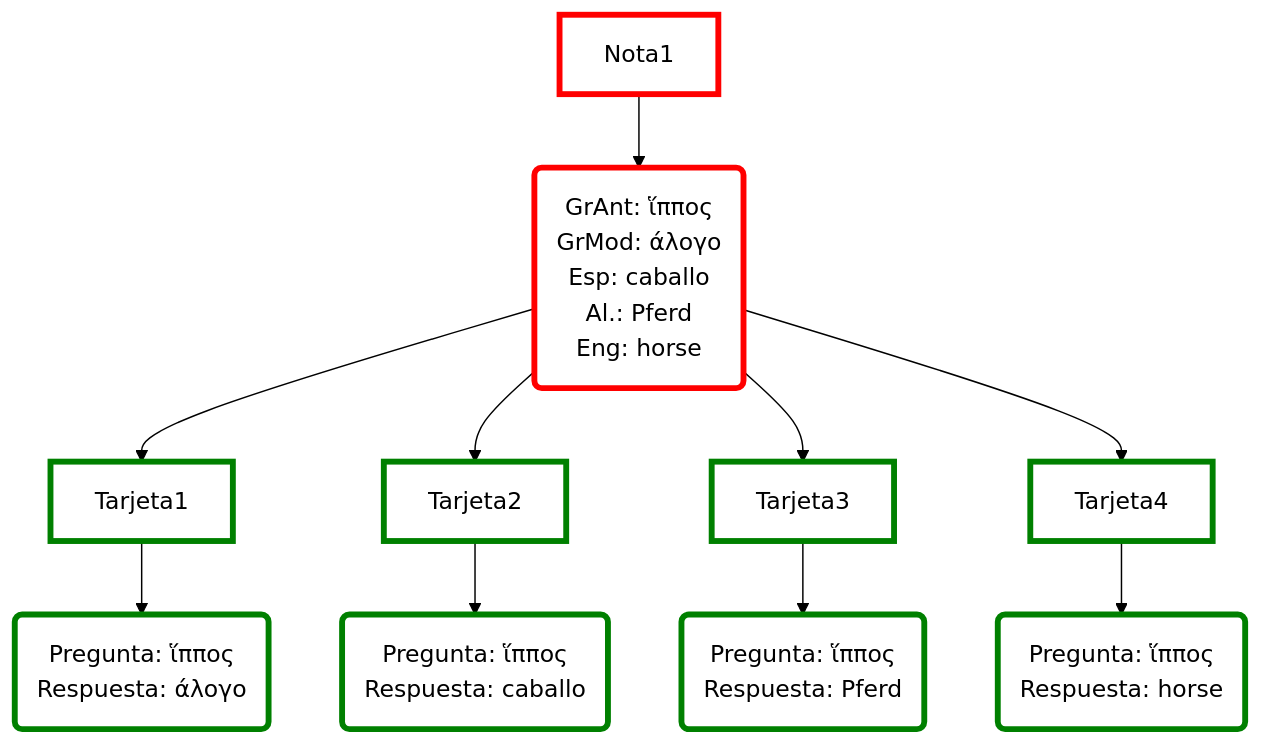
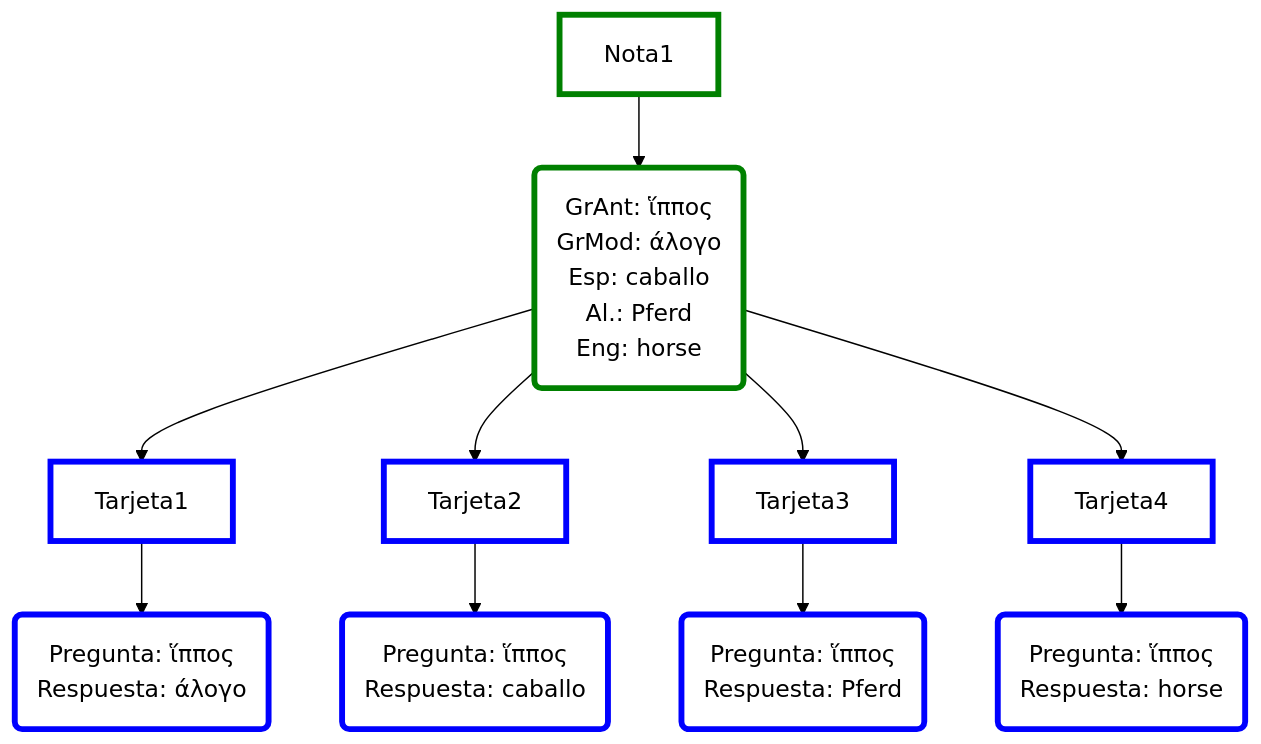
One commit to pajaro1966/Asignaturas changed the third of 4 diagrams in docs/Herramientas/Anki_02.md. Above: the diagram before and after it, drawn with Mermaid (forest theme). The commit also changed other lines of this file and 106 other files, not shown here.

````diff
--- a/docs/Herramientas/Anki_02.md
+++ b/docs/Herramientas/Anki_02.md
@@ -280,23 +287,23 @@
 ```mermaid
 graph TB
 Nota1-->Nota("GrAnt: ἵππος<br>GrMod: άλογο<br>Esp: caballo<br>Al.: Pferd<br>Eng: horse")
 Nota-->Tarjeta1-->Tarjeta11("Pregunta: ἵππος<br>Respuesta: άλογο")
 Nota-->Tarjeta2-->Tarjeta21("Pregunta: ἵππος<br>Respuesta: caballo")
 Nota-->Tarjeta3-->Tarjeta31("Pregunta: ἵππος<br>Respuesta: Pferd")
 Nota-->Tarjeta4-->Tarjeta41("Pregunta: ἵππος<br>Respuesta: horse")
 
 Nota:::nota
 Nota1:::nota
 Tarjeta1:::tarjeta
 Tarjeta11:::tarjeta
 Tarjeta2:::tarjeta
 Tarjeta21:::tarjeta
 Tarjeta3:::tarjeta
 Tarjeta31:::tarjeta
 Tarjeta4:::tarjeta
 Tarjeta41:::tarjeta
 
-classDef nota fill:white,stroke:red,stroke-width:4px;
-classDef tarjeta fill:white,stroke:green,stroke-width:4px;
+classDef nota fill:white,stroke:green,stroke-width:4px;
+classDef tarjeta fill:white,stroke:blue,stroke-width:4px;
 
 ```
````
